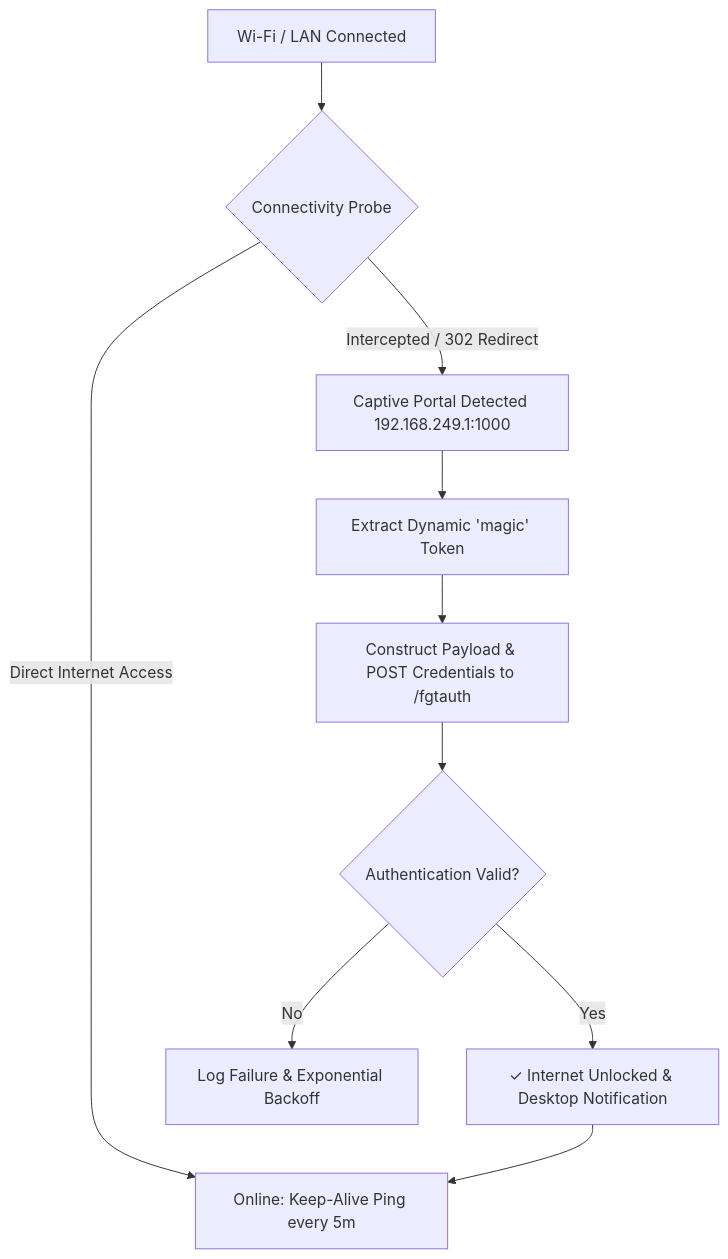
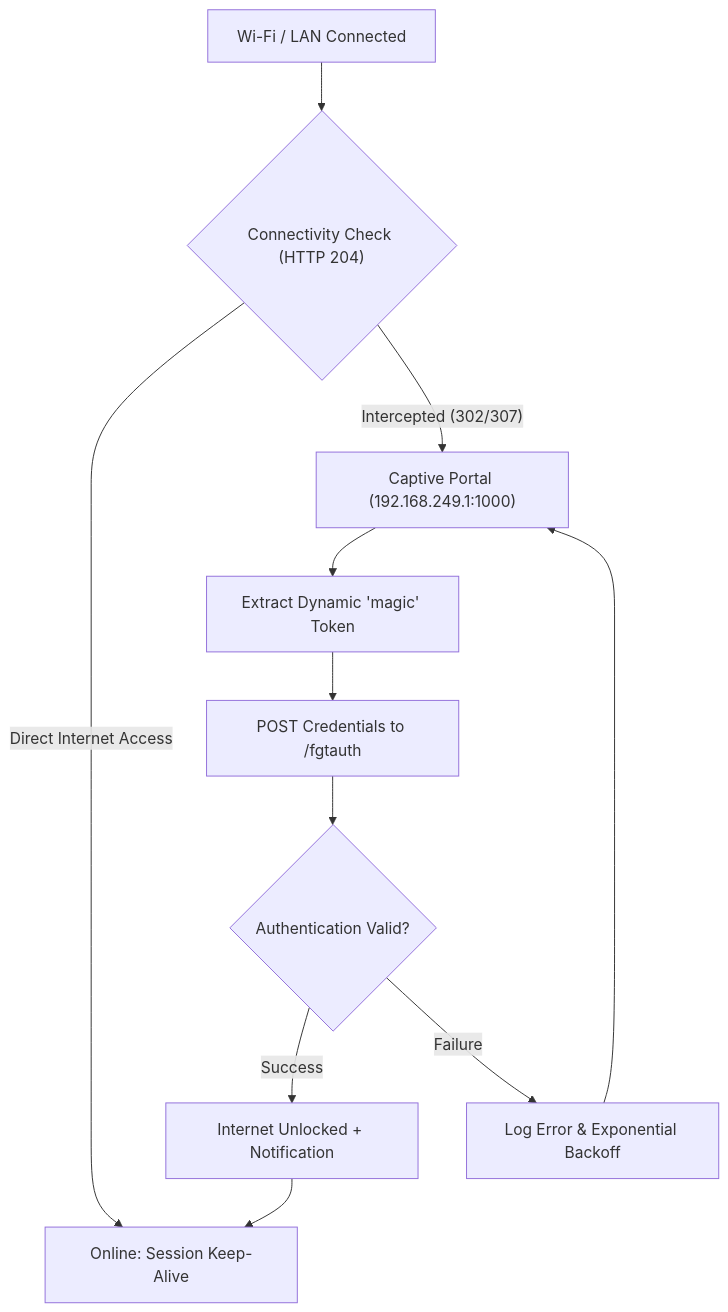
One commit to Bssr-cmd/autoconnect_iitbhu changed the diagram in README.md. Above: the diagram before and after it, drawn with Mermaid. The commit also changed other lines of this file, not shown here.

Commit message:
Fix Mermaid diagram syntax and add ASCII architecture diagram in README

````diff
--- a/README.md
+++ b/README.md
@@ -52,12 +52,13 @@
 ```mermaid
-flowchart TD
-    A[Wi-Fi / LAN Connected] --> B{Connectivity Probe}
-    B -- Direct Internet Access --> C[Online: Keep-Alive Ping every 5m]
-    B -- Intercepted / 302 Redirect --> D[Captive Portal Detected 192.168.249.1:1000]
-    D --> E[Extract Dynamic 'magic' Token]
-    E --> F[Construct Payload & POST Credentials to /fgtauth]
-    F --> G{Authentication Valid?}
-    G -- Yes --> H[✓ Internet Unlocked & Desktop Notification]
-    G -- No --> I[Log Failure & Exponential Backoff]
+graph TD
+    A["Wi-Fi / LAN Connected"] --> B{"Connectivity Check (HTTP 204)"}
+    B -->|"Direct Internet Access"| C["Online: Session Keep-Alive"]
+    B -->|"Intercepted (302/307)"| D["Captive Portal (192.168.249.1:1000)"]
+    D --> E["Extract Dynamic 'magic' Token"]
+    E --> F["POST Credentials to /fgtauth"]
+    F --> G{"Authentication Valid?"}
+    G -->|"Success"| H["Internet Unlocked + Notification"]
+    G -->|"Failure"| I["Log Error & Exponential Backoff"]
     H --> C
+    I --> D
 ```
````
